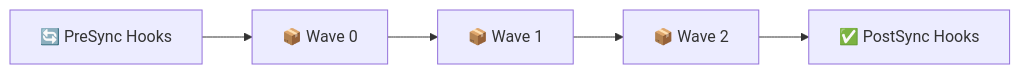
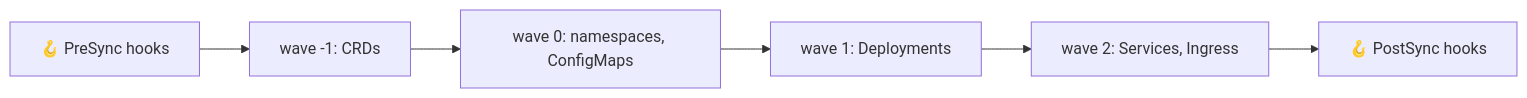
The fourth of 8 diagrams in lectures/lec13.md (inno-devops-labs/DevOps-Core-Course), drawn with Mermaid before and after one commit. The commit also changed other lines of this file and 24 other files, not shown here.

````diff
--- a/lectures/lec13.md
+++ b/lectures/lec13.md
@@ -537,7 +240,8 @@
 ```mermaid
 flowchart LR
-  A[🔄 PreSync Hooks] --> B[📦 Wave 0]
-  B --> C[📦 Wave 1]
-  C --> D[📦 Wave 2]
-  D --> E[✅ PostSync Hooks]
+  PreSync[🪝 PreSync hooks] --> W0[wave -1: CRDs]
+  W0 --> W1[wave 0: namespaces, ConfigMaps]
+  W1 --> W2[wave 1: Deployments]
+  W2 --> W3[wave 2: Services, Ingress]
+  W3 --> Post[🪝 PostSync hooks]
 ```
````
